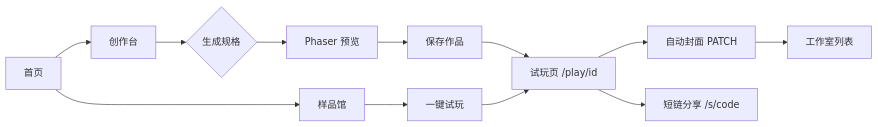
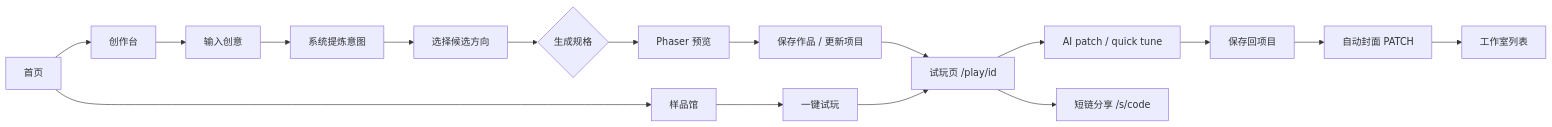
The first of 4 diagrams in README.md (gaogg521/1one-game), drawn with Mermaid before and after one commit. The commit also changed other lines of this file and 96 other files, not shown here.

````diff
--- a/README.md
+++ b/README.md
@@ -123,14 +126,19 @@
 ```mermaid
 flowchart LR
   A[首页] --> B[创作台]
-  B --> C{生成规格}
+  B --> B1[输入创意]
+  B1 --> B2[系统提炼意图]
+  B2 --> B3[选择候选方向]
+  B3 --> C{生成规格}
   C --> D[Phaser 预览]
-  D --> E[保存作品]
+  D --> E[保存作品 / 更新项目]
   E --> F[试玩页 /play/id]
-  F --> G[自动封面 PATCH]
-  G --> H[工作室列表]
-  F --> I[短链分享 /s/code]
-  A --> J[样品馆]
-  J --> K[一键试玩]
-  K --> F
+  F --> G[AI patch / quick tune]
+  G --> H[保存回项目]
+  H --> I[自动封面 PATCH]
+  I --> J[工作室列表]
+  F --> K[短链分享 /s/code]
+  A --> L[样品馆]
+  L --> M[一键试玩]
+  M --> F
 ```
````
